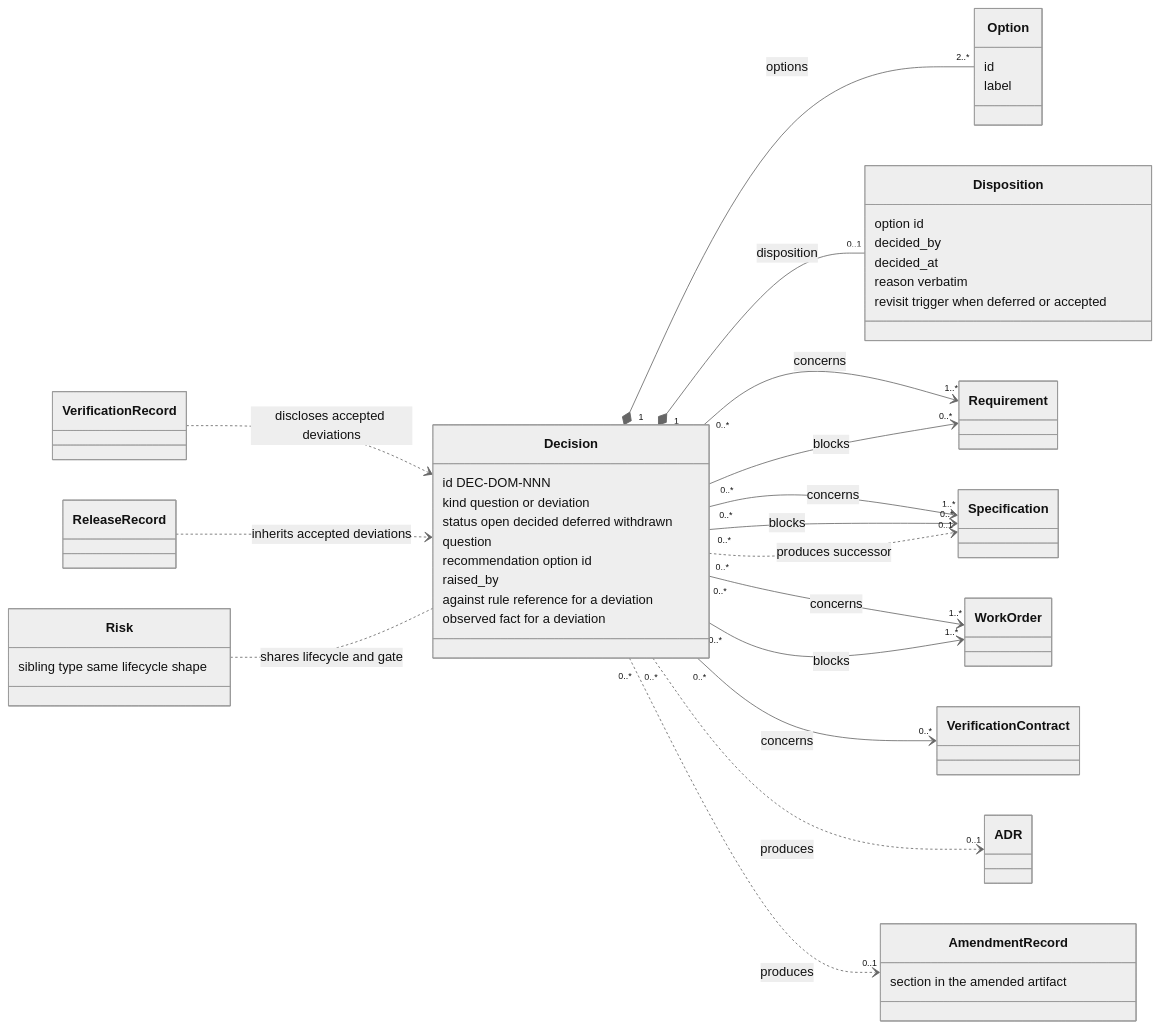
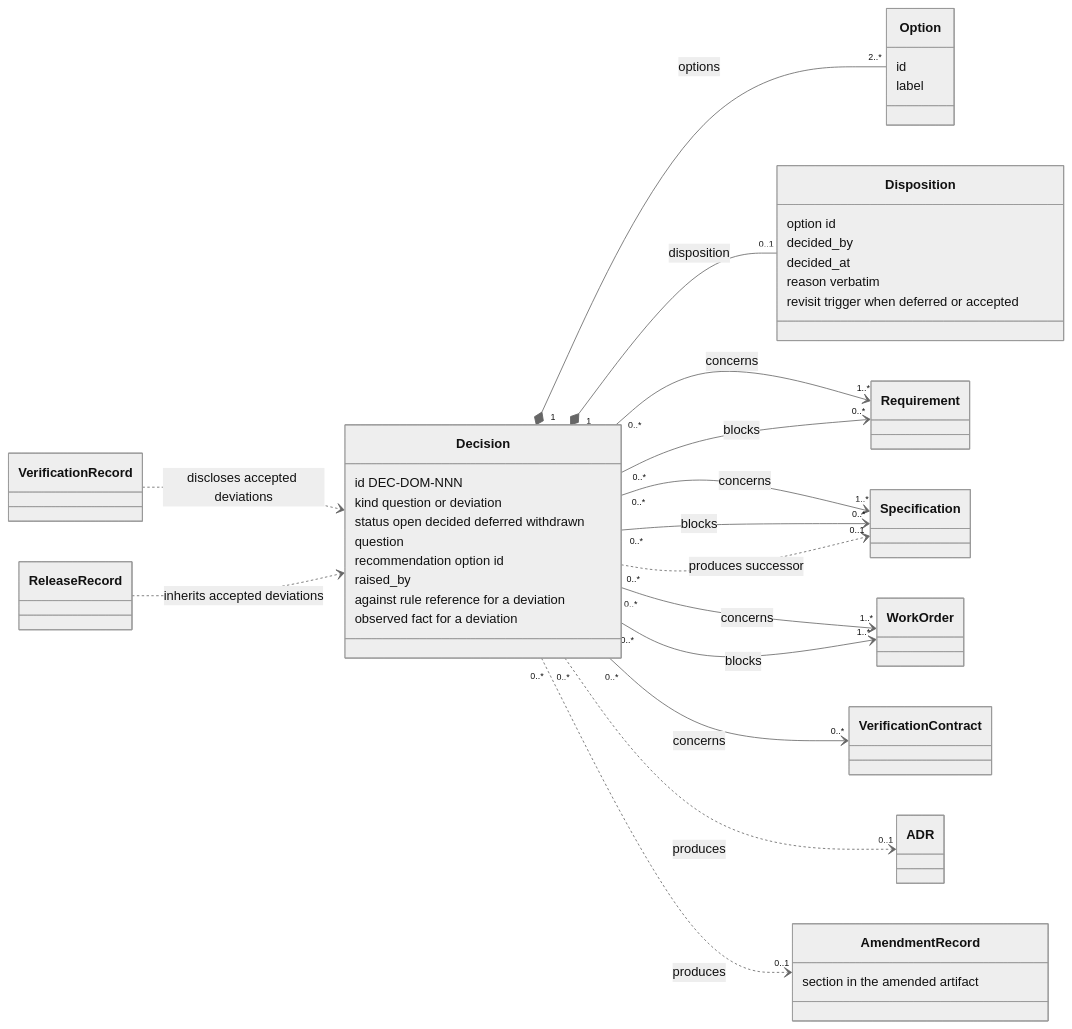
The first of 4 diagrams in docs/notes/decision-artifact-proposal-2026-09-03.md (mmzen/se_harness), drawn with Mermaid (neutral theme) before and after one commit. The commit also changed other lines of this file, not shown here.

First line of the commit message:
docs(notes): drop the risk artifact from the decision proposal

````diff
--- a/docs/notes/decision-artifact-proposal-2026-09-03.md
+++ b/docs/notes/decision-artifact-proposal-2026-09-03.md
@@ -64,59 +62,55 @@
 ```mermaid
 classDiagram
     direction LR
 
     class Decision {
         id DEC-DOM-NNN
         kind question or deviation
         status open decided deferred withdrawn
         question
         recommendation option id
         raised_by
         against rule reference for a deviation
         observed fact for a deviation
     }
     class Option {
         id
         label
     }
     class Disposition {
         option id
         decided_by
         decided_at
         reason verbatim
         revisit trigger when deferred or accepted
     }
     class Requirement
     class Specification
     class WorkOrder
     class VerificationContract
     class ADR
     class AmendmentRecord {
         section in the amended artifact
     }
     class VerificationRecord
     class ReleaseRecord
-    class Risk {
-        sibling type same lifecycle shape
-    }
 
     Decision "1" *-- "2..*" Option : options
     Decision "1" *-- "0..1" Disposition : disposition
 
     Decision "0..*" --> "1..*" Requirement : concerns
     Decision "0..*" --> "1..*" Specification : concerns
     Decision "0..*" --> "1..*" WorkOrder : concerns
     Decision "0..*" --> "0..*" VerificationContract : concerns
 
     Decision "0..*" --> "1..*" WorkOrder : blocks
     Decision "0..*" --> "0..*" Requirement : blocks
     Decision "0..*" --> "0..*" Specification : blocks
 
     Decision "0..*" ..> "0..1" ADR : produces
     Decision "0..*" ..> "0..1" AmendmentRecord : produces
     Decision "0..*" ..> "0..1" Specification : produces successor
 
     VerificationRecord ..> Decision : discloses accepted deviations
     ReleaseRecord ..> Decision : inherits accepted deviations
-    Risk .. Decision : shares lifecycle and gate
 ```
````
